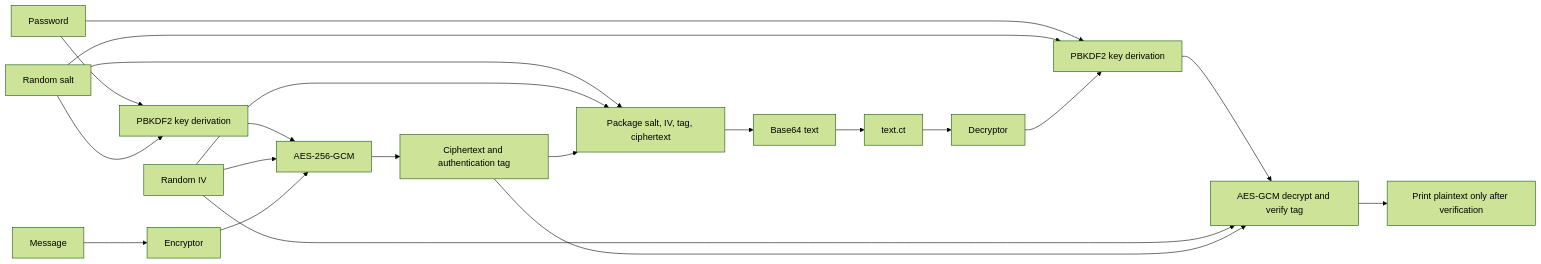
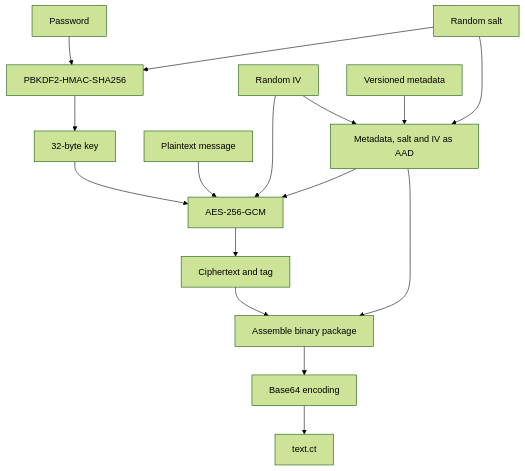
The first of 2 diagrams in GUIDE.md (vivekkumar03/SOS-Task-4), drawn with Mermaid (forest theme) before and after one commit. The commit also changed other lines of this file and 10 other files, not shown here.

````diff
--- a/GUIDE.md
+++ b/GUIDE.md
@@ -21,23 +34,18 @@
 ```mermaid
-flowchart LR
-    M[Message] --> E[Encryptor]
-    P[Password] --> K[PBKDF2 key derivation]
+flowchart TD
+    P[Password] --> K[PBKDF2-HMAC-SHA256]
     S[Random salt] --> K
-    K --> AES[AES-256-GCM]
+    K --> KEY[32-byte key]
+    KEY --> AES[AES-256-GCM]
+    M[Plaintext message] --> AES
     IV[Random IV] --> AES
-    E --> AES
-    AES --> C[Ciphertext and authentication tag]
-    S --> PACK[Package salt, IV, tag, ciphertext]
-    IV --> PACK
+    H[Versioned metadata] --> AAD[Metadata, salt and IV as AAD]
+    S --> AAD
+    IV --> AAD
+    AAD --> AES
+    AES --> C[Ciphertext and tag]
+    AAD --> PACK[Assemble binary package]
     C --> PACK
-    PACK --> B[Base64 text]
+    PACK --> B[Base64 encoding]
     B --> F[text.ct]
-    F --> D[Decryptor]
-    P --> KD[PBKDF2 key derivation]
-    S --> KD
-    D --> KD
-    KD --> DEC[AES-GCM decrypt and verify tag]
-    IV --> DEC
-    C --> DEC
-    DEC --> OUT[Print plaintext only after verification]
 ```
````
